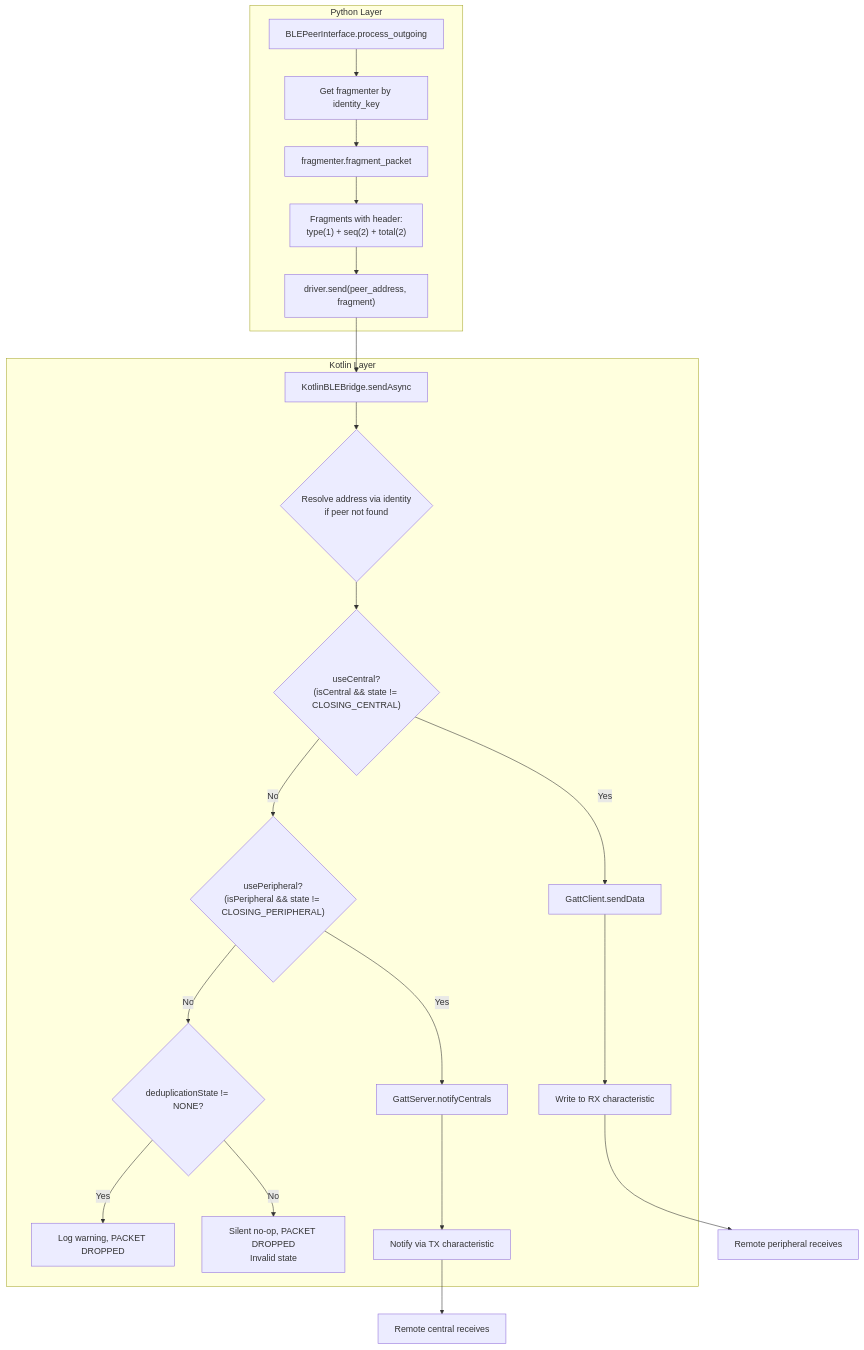
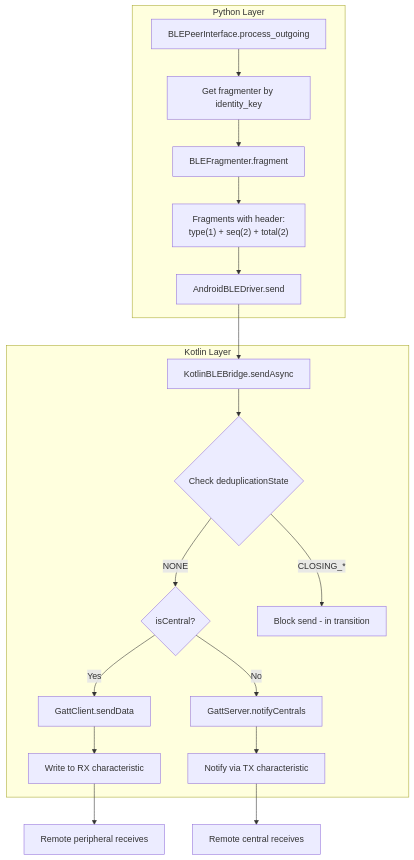
Before and after one commit to derpyspike/columba: diagram 13 of 17 in docs/ble-architecture.md, drawn with Mermaid. The commit also changed other lines of this file, not shown here.

Commit message:
docs(ble): improve architecture diagram layout and structure

````diff
--- a/docs/ble-architecture.md
+++ b/docs/ble-architecture.md
@@ -624,26 +430,23 @@
 ```mermaid
 flowchart TB
     subgraph Python["Python Layer"]
         A[BLEPeerInterface.process_outgoing] --> B[Get fragmenter by identity_key]
-        B --> C[fragmenter.fragment_packet]
+        B --> C[BLEFragmenter.fragment]
         C --> D["Fragments with header:<br/>type(1) + seq(2) + total(2)"]
-        D --> E["driver.send(peer_address, fragment)"]
+        D --> E[AndroidBLEDriver.send]
     end
 
     subgraph Kotlin["Kotlin Layer"]
         E --> F[KotlinBLEBridge.sendAsync]
-        F --> G{Resolve address via identity<br/>if peer not found}
-        G --> H{"useCentral?<br/>(isCentral && state != CLOSING_CENTRAL)"}
+        F --> G{Check deduplicationState}
+        G -->|NONE| H{isCentral?}
+        G -->|CLOSING_*| I[Block send - in transition]
         H -->|Yes| J[GattClient.sendData]
-        H -->|No| I{"usePeripheral?<br/>(isPeripheral && state != CLOSING_PERIPHERAL)"}
-        I -->|Yes| K[GattServer.notifyCentrals]
-        I -->|No| L{deduplicationState != NONE?}
-        L -->|Yes| M[Log warning, PACKET DROPPED]
-        L -->|No| N[Silent no-op, PACKET DROPPED<br/>Invalid state]
-        J --> O[Write to RX characteristic]
-        K --> P[Notify via TX characteristic]
+        H -->|No| K[GattServer.notifyCentrals]
+        J --> L[Write to RX characteristic]
+        K --> M[Notify via TX characteristic]
     end
 
-    O --> Q[Remote peripheral receives]
-    P --> R[Remote central receives]
+    L --> N[Remote peripheral receives]
+    M --> O[Remote central receives]
 ```
````
